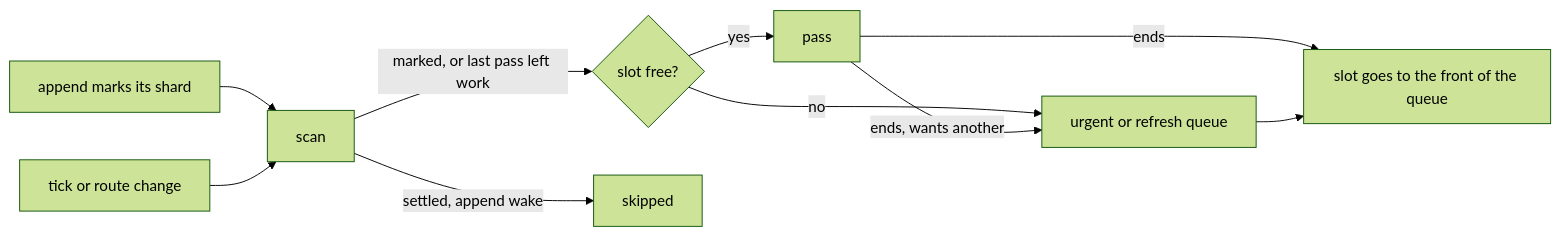
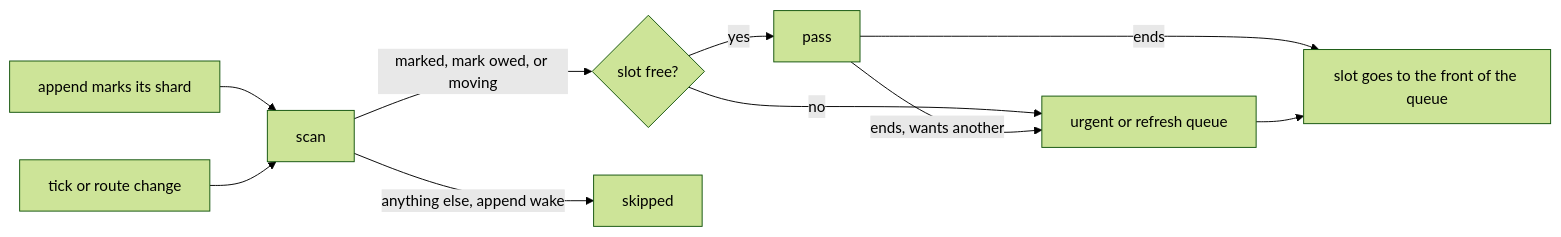
Before and after one commit to GetFelix/felix: the fifth of 5 diagrams in docs/replication-design.md, drawn with Mermaid (forest theme). The commit also changed other lines of this file and 3 other files, not shown here.

First line of the commit message:
fix(replication): an append asks only for its own shard's pass (#1944)

````diff
--- a/docs/replication-design.md
+++ b/docs/replication-design.md
@@ -3717,12 +3721,12 @@
 ```mermaid
 flowchart LR
   A[append marks its shard] --> S[scan]
   T[tick or route change] --> S
-  S -->|marked, or last pass left work| W{slot free?}
-  S -->|settled, append wake| X[skipped]
+  S -->|marked, mark owed, or moving| W{slot free?}
+  S -->|anything else, append wake| X[skipped]
   W -->|yes| P[pass]
   W -->|no| Q[urgent or refresh queue]
   P -->|ends, wants another| Q
   P -->|ends| F[slot goes to the front of the queue]
   Q --> F
 ```
````
